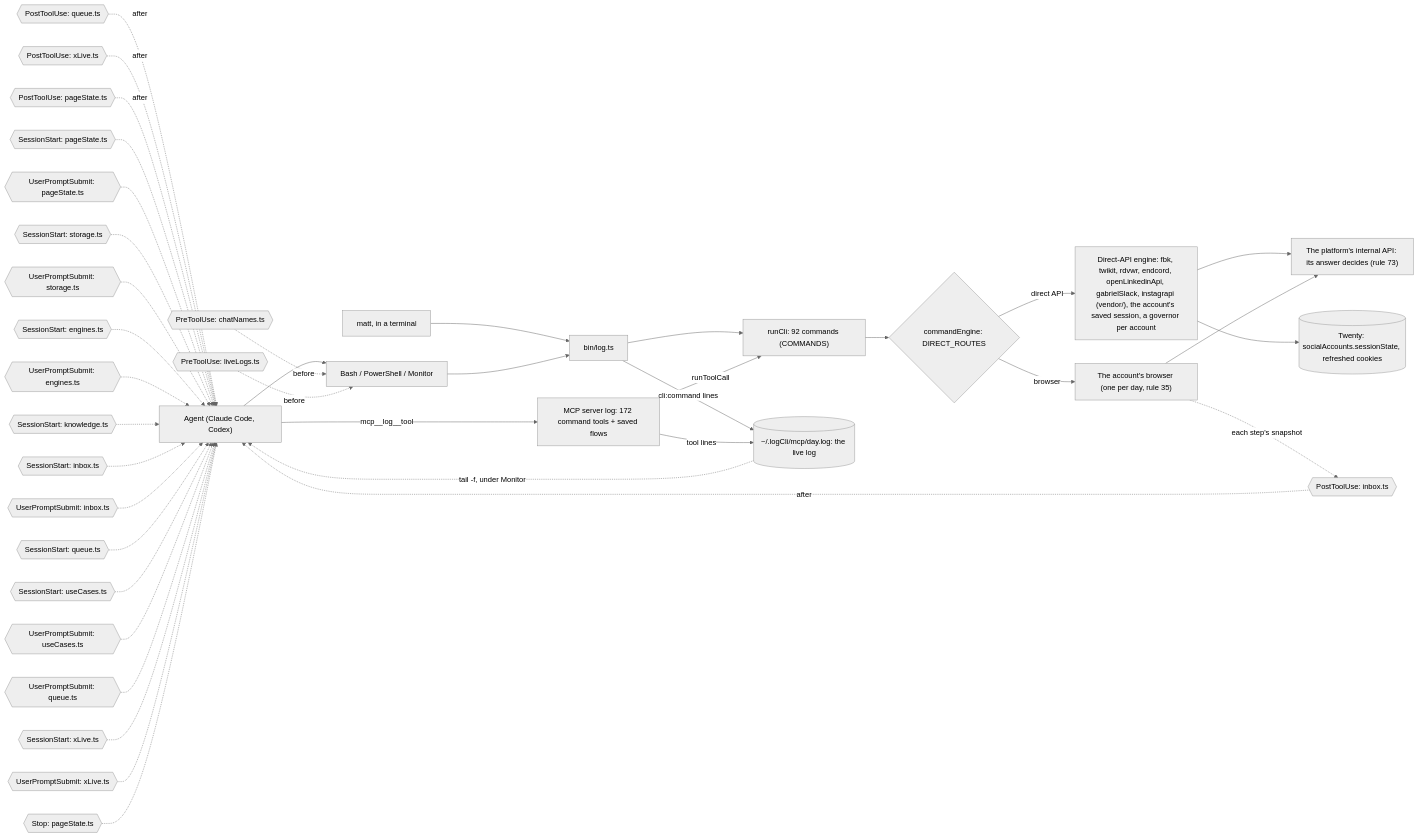
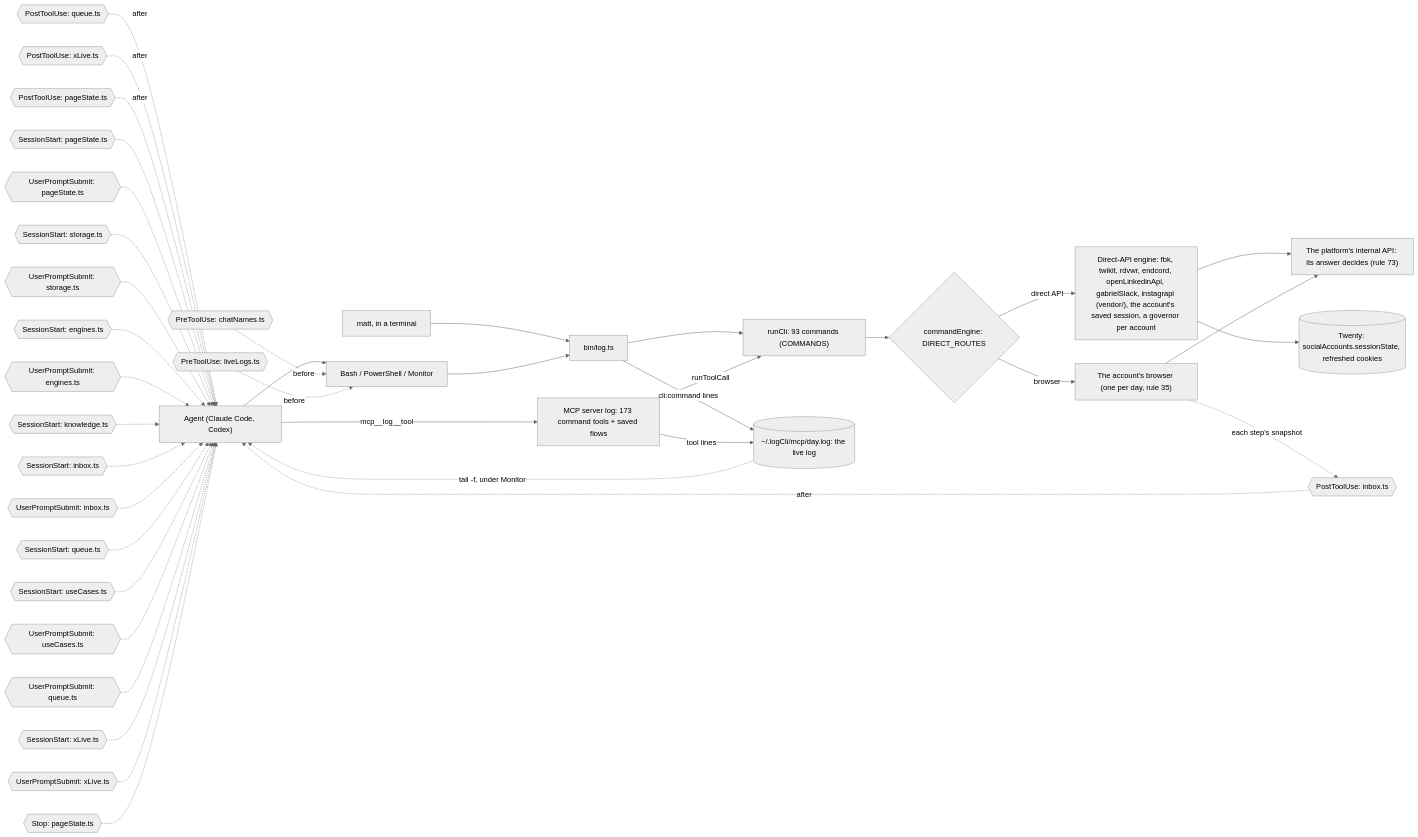
The diagram in docs/diagrams/surface.mmd (matthewdonsemail-lab/log), drawn with Mermaid (neutral theme) before and after one commit. The commit also changed 33 other files, not shown here.

```diff
--- a/docs/diagrams/surface.mmd
+++ b/docs/diagrams/surface.mmd
@@ -1,53 +1,53 @@
 %% How a call reaches log-cli. From a shell or over MCP, both run the same commands through `runCli`, write the same live log, and pass through the same hooks. `commandEngine` sends each command to the platform's direct API or to the account's browser.
 %% Written by `bun run docs:build` from the code (rule 56). Not edited by hand.
 flowchart LR
   agent["Agent (Claude Code, Codex)"]
   matt["matt, in a terminal"]
   shell["Bash / PowerShell / Monitor"]
-  mcp["MCP server log: 172 command tools + saved flows"]
+  mcp["MCP server log: 173 command tools + saved flows"]
   bin["bin/log.ts"]
-  runCli["runCli: 92 commands (COMMANDS)"]
+  runCli["runCli: 93 commands (COMMANDS)"]
   live[("~/.logCli/mcp/day.log: the live log")]
   engine{"commandEngine: DIRECT_ROUTES"}
   direct["Direct-API engine: fbk, twikit, rdvwr, endcord, openLinkedinApi, gabrielSlack, instagrapi (vendor/), the account's saved session, a governor per account"]
   browser["The account's browser (one per day, rule 35)"]
   api["The platform's internal API: its answer decides (rule 73)"]
   twenty[("Twenty: socialAccounts.sessionState, refreshed cookies")]
   agent --> shell
   matt --> bin
   shell --> bin
   agent -->|mcp__log__tool| mcp
   bin --> runCli
   mcp -->|runToolCall| runCli
   runCli --> engine
   engine -->|direct API| direct
   engine -->|browser| browser
   direct --> api
   browser --> api
   direct --> twenty
   bin -->|cli:command lines| live
   mcp -->|tool lines| live
   live -.->|tail -f, under Monitor| agent
   pre0{{"PreToolUse: chatNames.ts"}} -.->|before| shell
   pre1{{"PreToolUse: liveLogs.ts"}} -.->|before| shell
   post0{{"PostToolUse: inbox.ts"}} -.->|after| agent
   post1{{"PostToolUse: queue.ts"}} -.->|after| agent
   post2{{"PostToolUse: xLive.ts"}} -.->|after| agent
   post3{{"PostToolUse: pageState.ts"}} -.->|after| agent
   turn0{{"SessionStart: pageState.ts"}} -.-> agent
   turn1{{"UserPromptSubmit: pageState.ts"}} -.-> agent
   turn2{{"SessionStart: storage.ts"}} -.-> agent
   turn3{{"UserPromptSubmit: storage.ts"}} -.-> agent
   turn4{{"SessionStart: engines.ts"}} -.-> agent
   turn5{{"UserPromptSubmit: engines.ts"}} -.-> agent
   turn6{{"SessionStart: knowledge.ts"}} -.-> agent
   turn7{{"SessionStart: inbox.ts"}} -.-> agent
   turn8{{"UserPromptSubmit: inbox.ts"}} -.-> agent
   turn9{{"SessionStart: queue.ts"}} -.-> agent
   turn10{{"SessionStart: useCases.ts"}} -.-> agent
   turn11{{"UserPromptSubmit: useCases.ts"}} -.-> agent
   turn12{{"UserPromptSubmit: queue.ts"}} -.-> agent
   turn13{{"SessionStart: xLive.ts"}} -.-> agent
   turn14{{"UserPromptSubmit: xLive.ts"}} -.-> agent
   turn15{{"Stop: pageState.ts"}} -.-> agent
   browser -.->|each step's snapshot| post0
```
